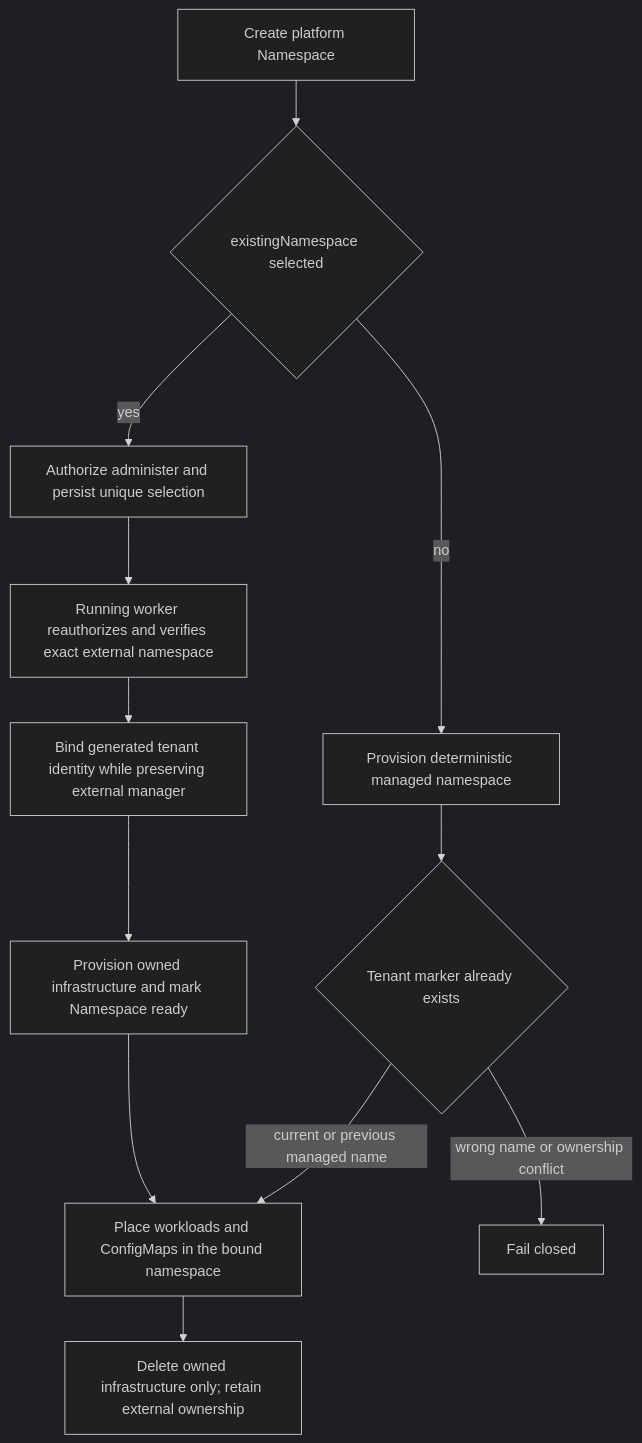
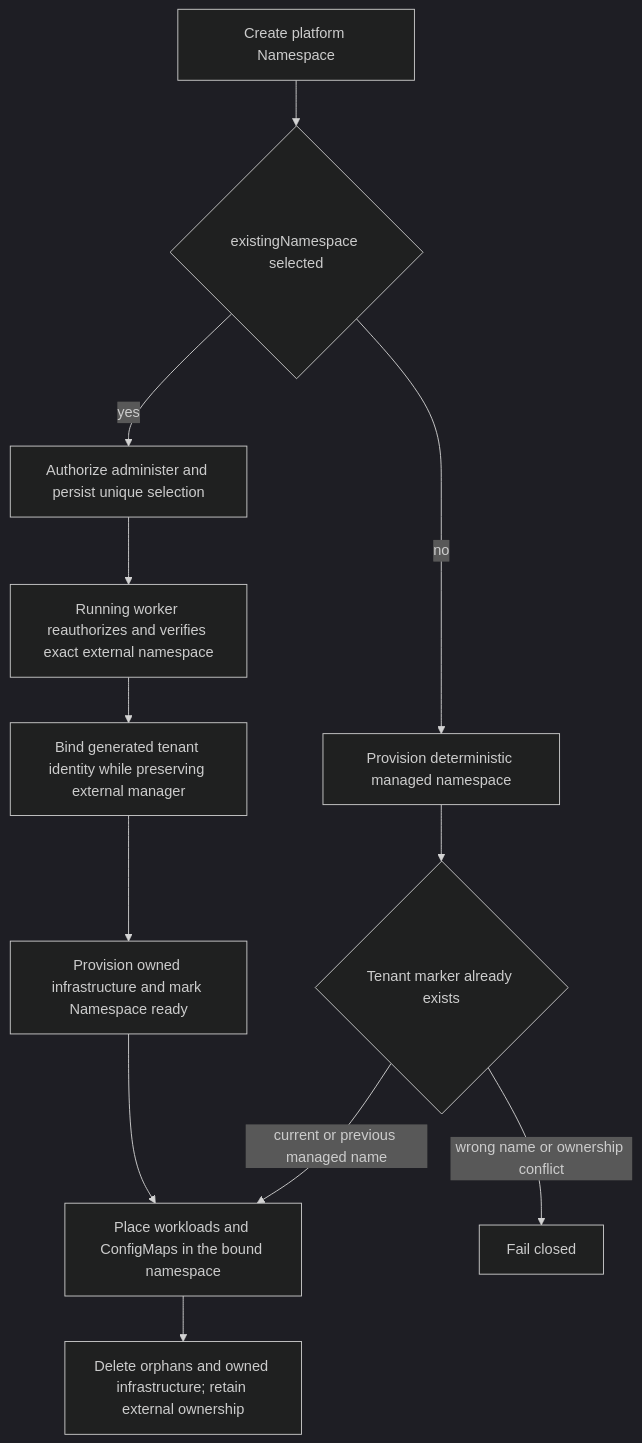
The diagram in docs/flows/kubernetes-existing-namespace-placement.md (openclaw/openclaw-enterprise), drawn with Mermaid (dark theme) before and after one commit. The commit also changed other lines of this file and 7 other files, not shown here.

````diff
--- a/docs/flows/kubernetes-existing-namespace-placement.md
+++ b/docs/flows/kubernetes-existing-namespace-placement.md
@@ -33,14 +33,14 @@
 ```mermaid
 graph TD
   A["Create platform Namespace"] --> B{"existingNamespace selected"}
   B -->|no| C["Provision deterministic managed namespace"]
   C --> J{"Tenant marker already exists"}
   J -->|current or previous managed name| H
   J -->|wrong name or ownership conflict| K["Fail closed"]
   B -->|yes| D["Authorize administer and persist unique selection"]
   D --> E["Running worker reauthorizes and verifies exact external namespace"]
   E --> F["Bind generated tenant identity while preserving external manager"]
   F --> G["Provision owned infrastructure and mark Namespace ready"]
   G --> H["Place workloads and ConfigMaps in the bound namespace"]
-  H --> I["Delete owned infrastructure only; retain external ownership"]
+  H --> I["Delete orphans and owned infrastructure; retain external ownership"]
 ```
````
